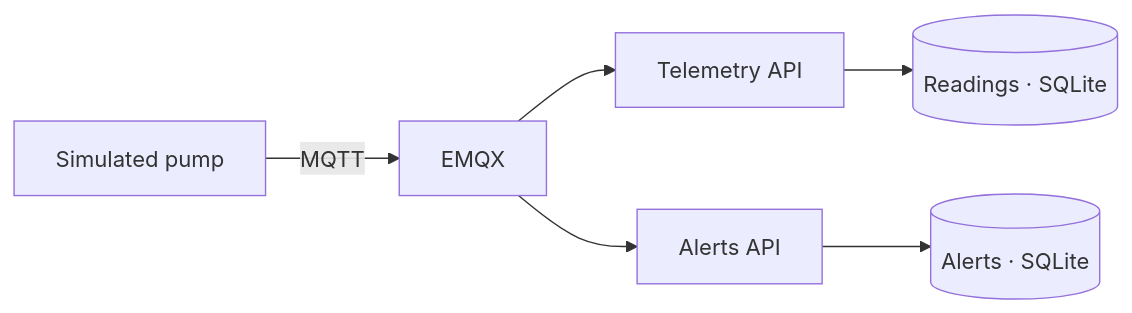
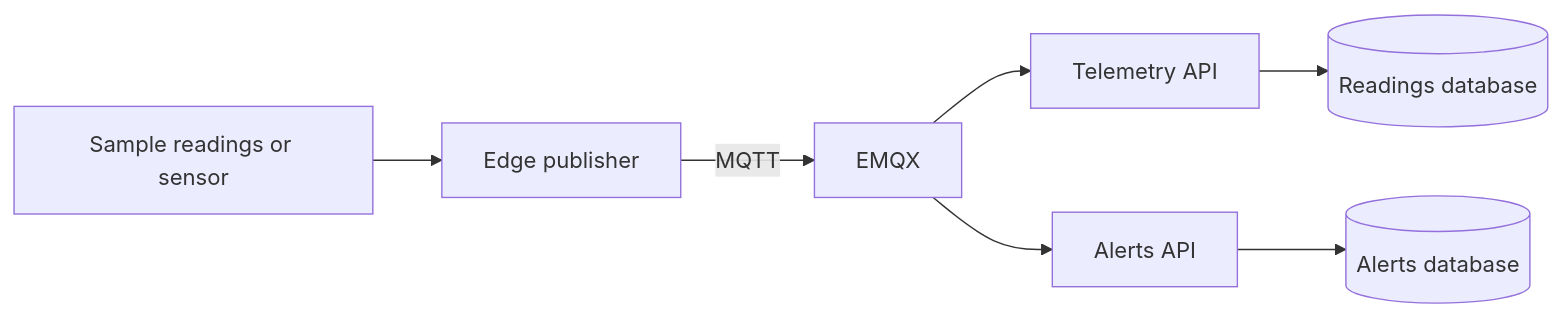
One commit to KZTP47/machine-telemetry-lab changed the diagram in README.md. Above: the diagram before and after it, drawn with Mermaid. The commit also changed other lines of this file and 13 other files, not shown here.

Commit message:
Connect an external publisher and add sensor TLS tests

````diff
--- a/README.md
+++ b/README.md
@@ -5,8 +5,9 @@
 ```mermaid
 flowchart LR
-    Pump["Simulated pump"] -->|"MQTT"| Broker["EMQX"]
+    Source["Sample readings or sensor"] --> Edge["Edge publisher"]
+    Edge -->|"MQTT"| Broker["EMQX"]
     Broker --> Telemetry["Telemetry API"]
     Broker --> Alerts["Alerts API"]
-    Telemetry --> Readings[("Readings · SQLite")]
-    Alerts --> High[("Alerts · SQLite")]
+    Telemetry --> Readings[("Readings database")]
+    Alerts --> High[("Alerts database")]
 ```
````
